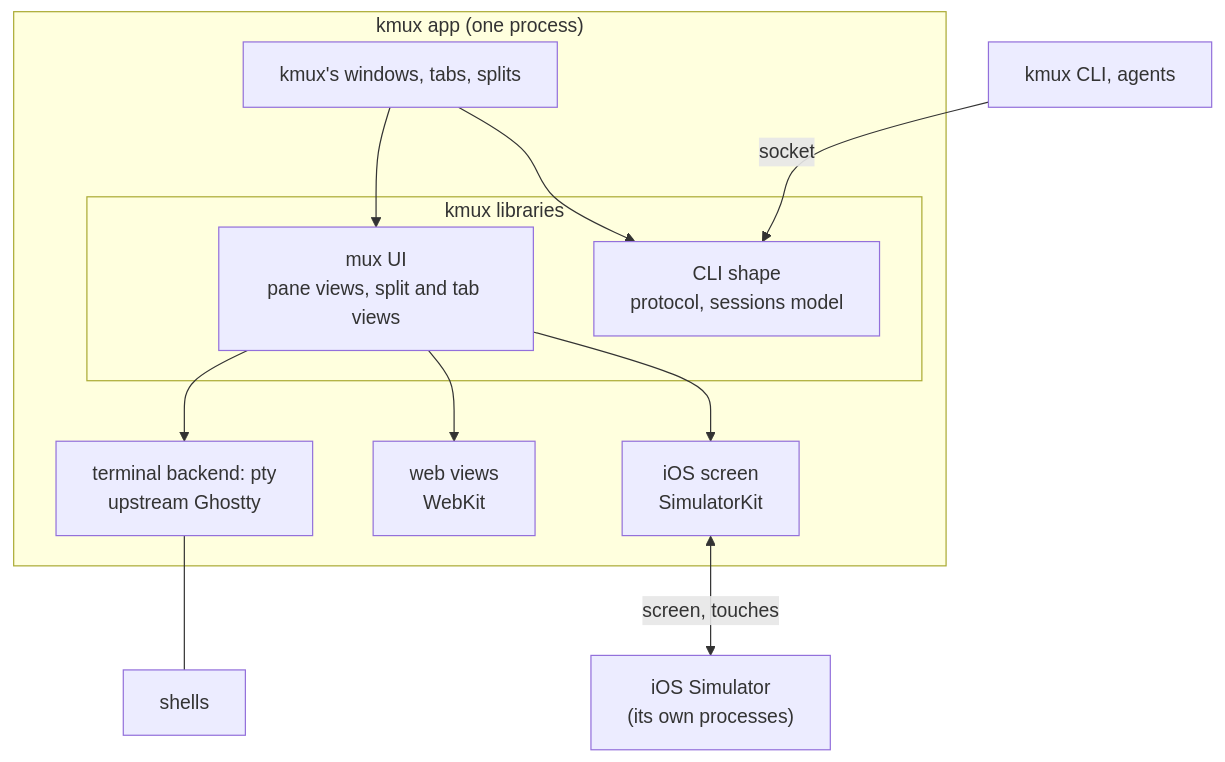
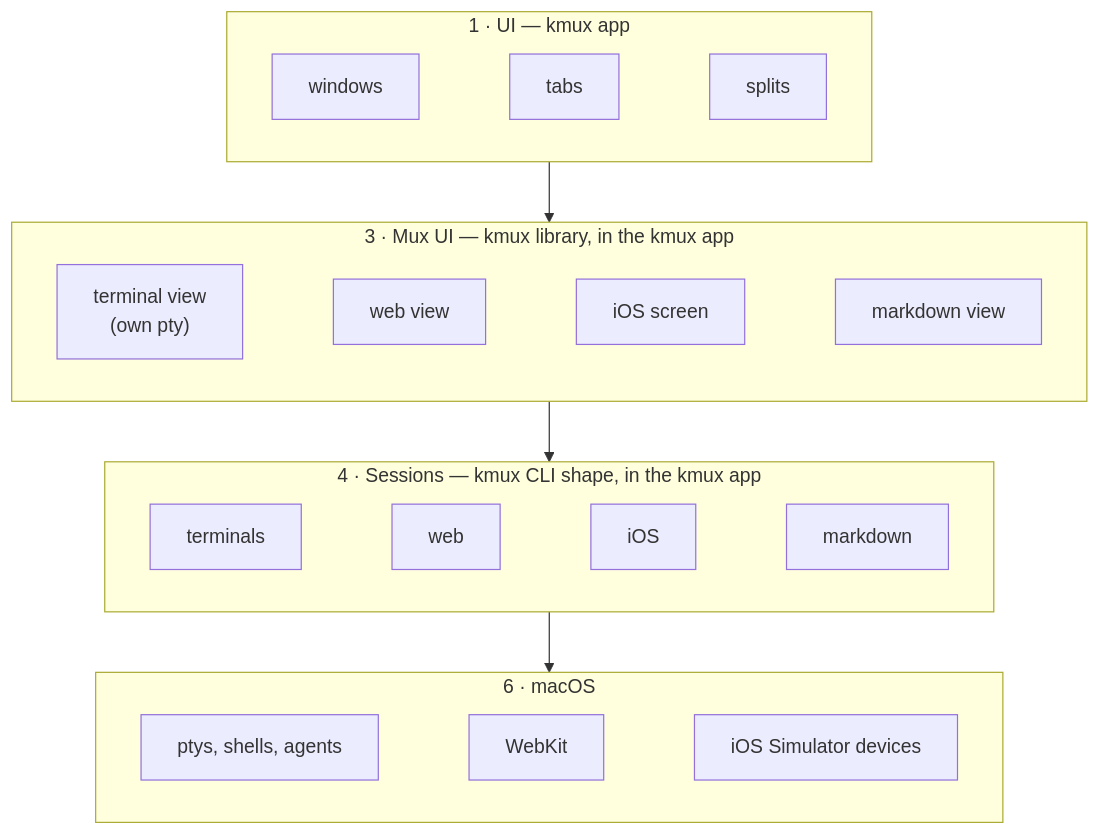
The second of 11 diagrams in docs/research/mux-architecture.md (jemdiggity/kanna-v4), drawn with Mermaid before and after one commit. The commit also changed other lines of this file, not shown here.

Commit message:
Mux architecture: draw the layers as a stack, UI on top

````diff
--- a/docs/research/mux-architecture.md
+++ b/docs/research/mux-architecture.md
@@ -41,21 +73,20 @@
 ```mermaid
 flowchart TB
-    subgraph APP["kmux app (one process)"]
-        KUI["kmux's windows, tabs, splits"]
-        subgraph LIBS["kmux libraries"]
-            CORE["CLI shape<br/>protocol, sessions model"]
-            UI["mux UI<br/>pane views, split and tab views"]
-        end
-        PTYB["terminal backend: pty<br/>upstream Ghostty"]
-        WEB["web views<br/>WebKit"]
-        SIMV["iOS screen<br/>SimulatorKit"]
-        KUI --> UI
-        KUI --> CORE
-        UI --> PTYB
-        UI --> WEB
-        UI --> SIMV
+    subgraph K1["1 · UI — kmux app"]
+        direction LR
+        WIN["windows"] ~~~ TABS["tabs"] ~~~ SPLITS["splits"]
     end
-    CLI["kmux CLI, agents"] -->|"socket"| CORE
-    PTYB --- SH["shells"]
-    SIMV <-->|"screen, touches"| SIM["iOS Simulator<br/>(its own processes)"]
+    subgraph K3["3 · Mux UI — kmux library, in the kmux app"]
+        direction LR
+        TV["terminal view<br/>(own pty)"] ~~~ WV["web view"] ~~~ IV["iOS screen"] ~~~ MV["markdown view"]
+    end
+    subgraph K4["4 · Sessions — kmux CLI shape, in the kmux app"]
+        direction LR
+        TS["terminals"] ~~~ WS["web"] ~~~ IS["iOS"] ~~~ MS["markdown"]
+    end
+    subgraph K6["6 · macOS"]
+        direction LR
+        PTY["ptys, shells, agents"] ~~~ WK["WebKit"] ~~~ SIM["iOS Simulator devices"]
+    end
+    K1 --> K3 --> K4 --> K6
 ```
````
